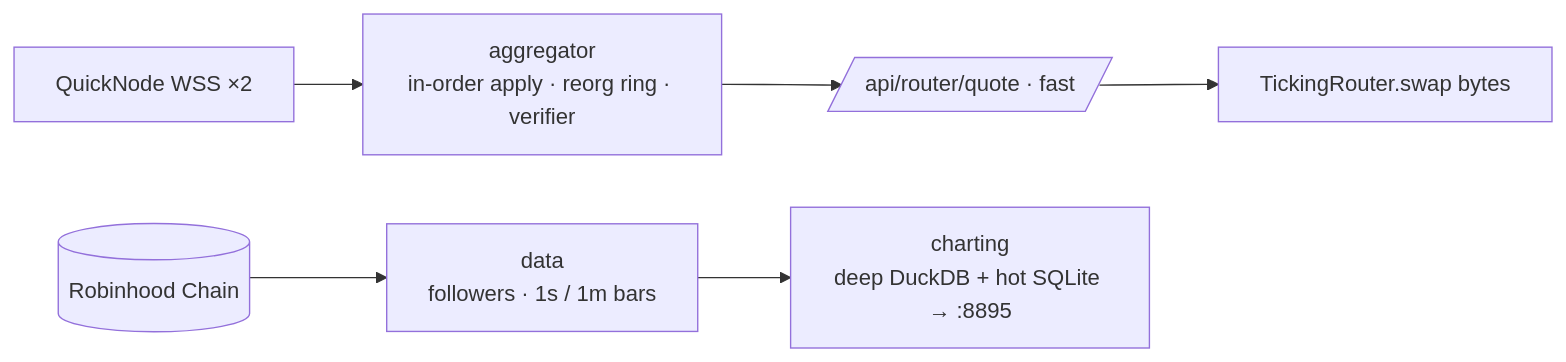
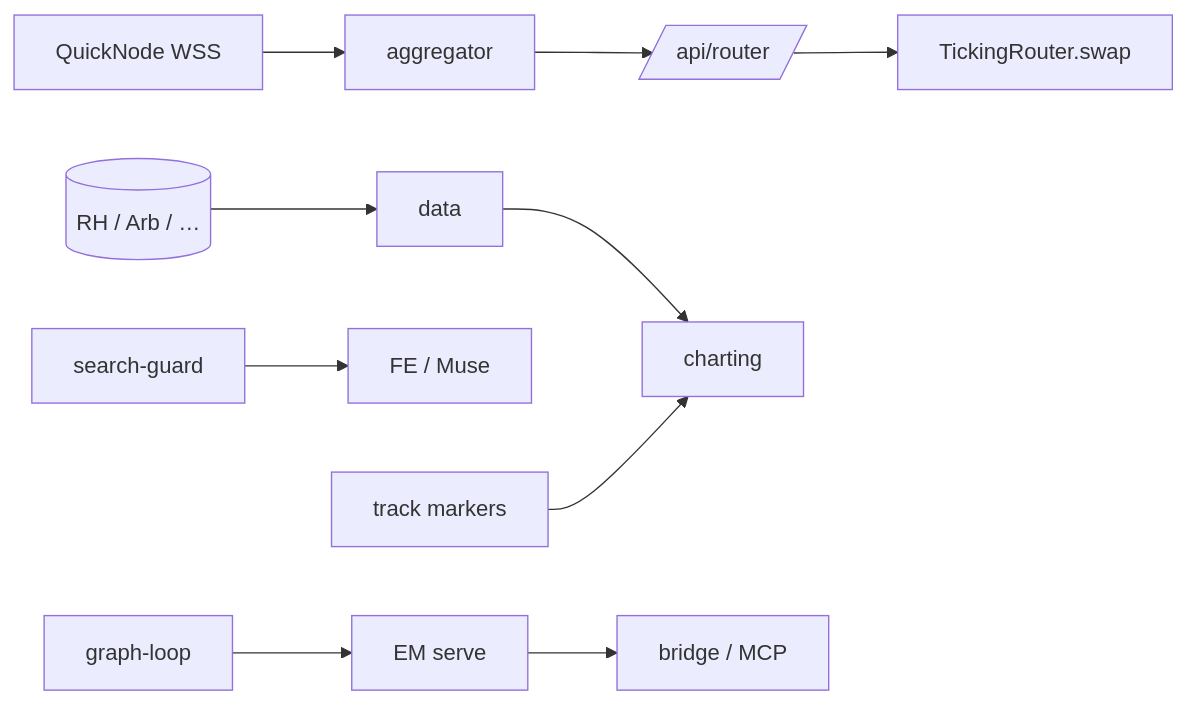
The diagram in README.md (skew-labs/ticking), drawn with Mermaid before and after one commit. The commit also changed other lines of this file and 733 other files, not shown here.

````diff
--- a/README.md
+++ b/README.md
@@ -21,8 +26,12 @@
 ```mermaid
 flowchart LR
-    WSS[QuickNode WSS ×2] --> ENG[aggregator<br/>in-order apply · reorg ring · verifier]
-    ENG --> API[/api/router/quote · fast/]
-    API --> TX[TickingRouter.swap bytes]
-    CHAIN[(Robinhood Chain)] --> DATA[data<br/>followers · 1s / 1m bars]
-    DATA --> CH[charting<br/>deep DuckDB + hot SQLite → :8895]
+    WSS[QuickNode WSS] --> ENG[aggregator]
+    ENG --> API[/api/router/]
+    API --> TX[TickingRouter.swap]
+    CHAIN[(RH / Arb / …)] --> DATA[data]
+    DATA --> CH[charting]
+    SG[search-guard] --> FE[FE / Muse]
+    EM[EM serve] --> BR[bridge / MCP]
+    GL[graph-loop] --> EM
+    TR[track markers] --> CH
 ```
````
